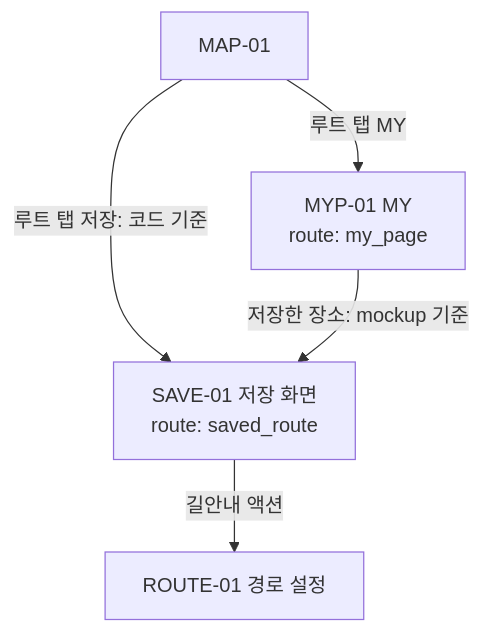
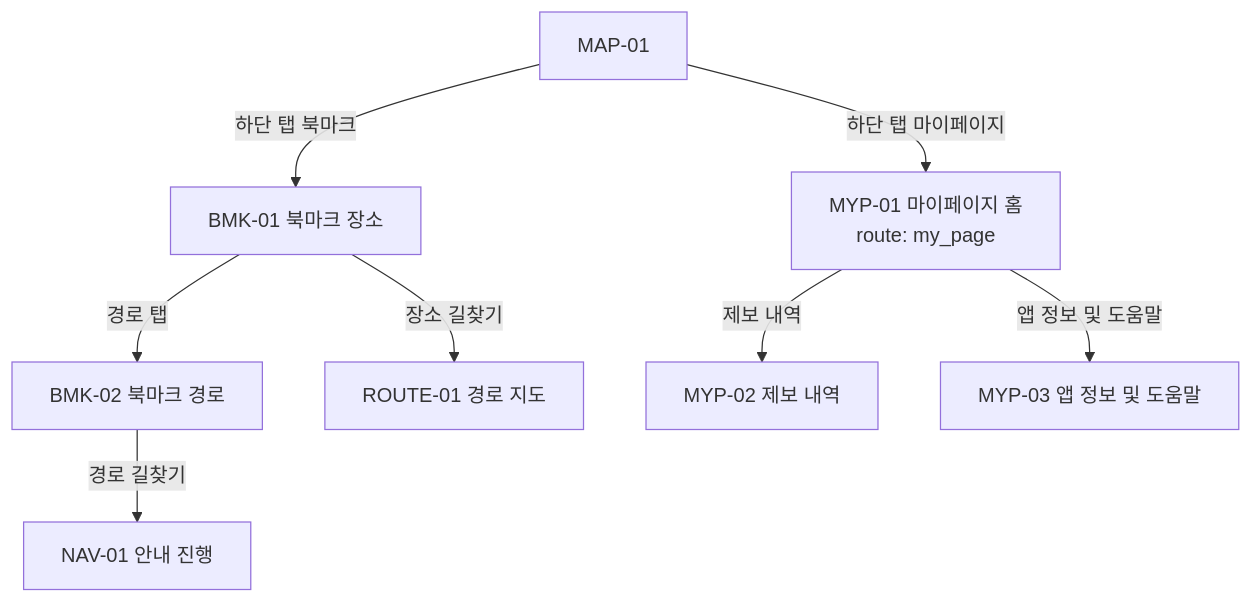
One commit to busaneumgil/busaneumgil changed the fourth of 5 diagrams in FE/docs/2026-04-22_부산이음길_FE_화면_인벤토리_및_라우트_맵.md. Above: the diagram before and after it, drawn with Mermaid. The commit also changed other lines of this file and 17 other files, not shown here.

````diff
--- a/FE/docs/2026-04-22_부산이음길_FE_화면_인벤토리_및_라우트_맵.md
+++ b/FE/docs/2026-04-22_부산이음길_FE_화면_인벤토리_및_라우트_맵.md
@@ -644,7 +638,10 @@
 ```mermaid
 flowchart TD
-    A["MAP-01"] -->|루트 탭 MY| B["MYP-01 MY<br/>route: my_page"]
-    A -->|루트 탭 저장: 코드 기준| C["SAVE-01 저장 화면<br/>route: saved_route"]
-    B -->|저장한 장소: mockup 기준| C
-    C -->|길안내 액션| D["ROUTE-01 경로 설정"]
+    A["MAP-01"] -->|하단 탭 마이페이지| B["MYP-01 마이페이지 홈<br/>route: my_page"]
+    A -->|하단 탭 북마크| C["BMK-01 북마크 장소"]
+    C -->|경로 탭| D["BMK-02 북마크 경로"]
+    C -->|장소 길찾기| E["ROUTE-01 경로 지도"]
+    D -->|경로 길찾기| F["NAV-01 안내 진행"]
+    B -->|제보 내역| G["MYP-02 제보 내역"]
+    B -->|앱 정보 및 도움말| H["MYP-03 앱 정보 및 도움말"]
 ```
````
